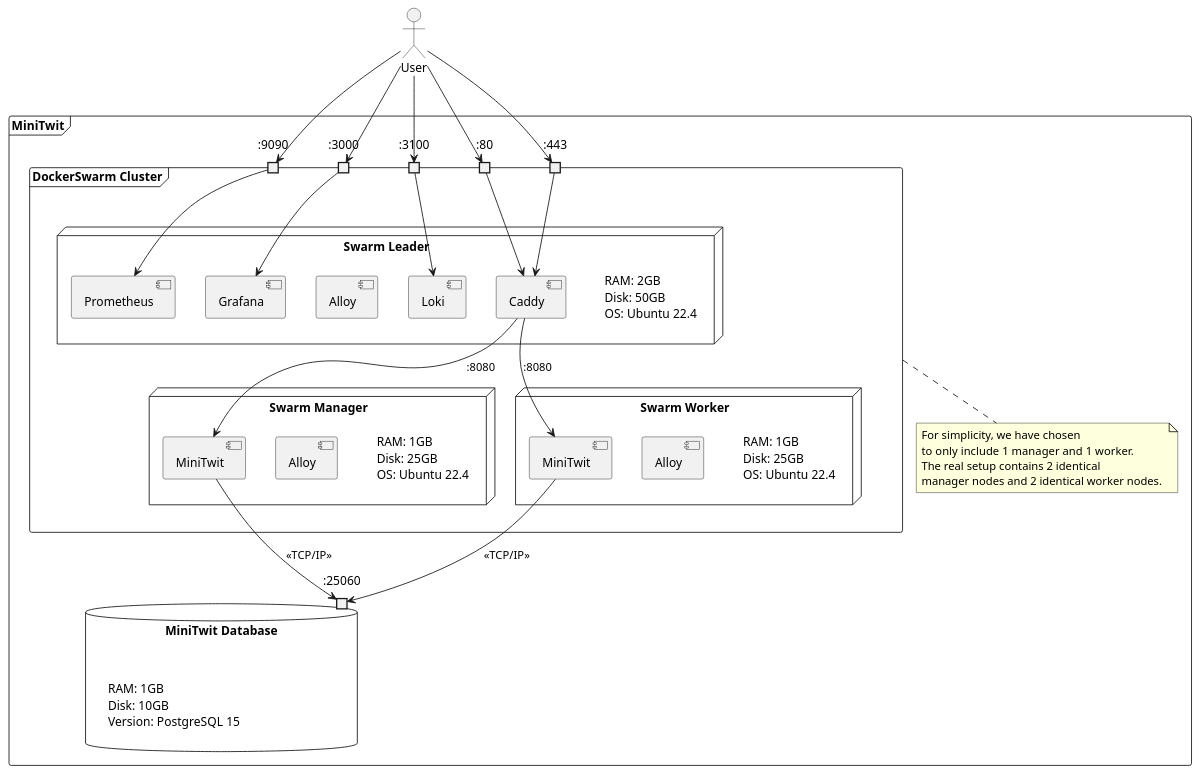
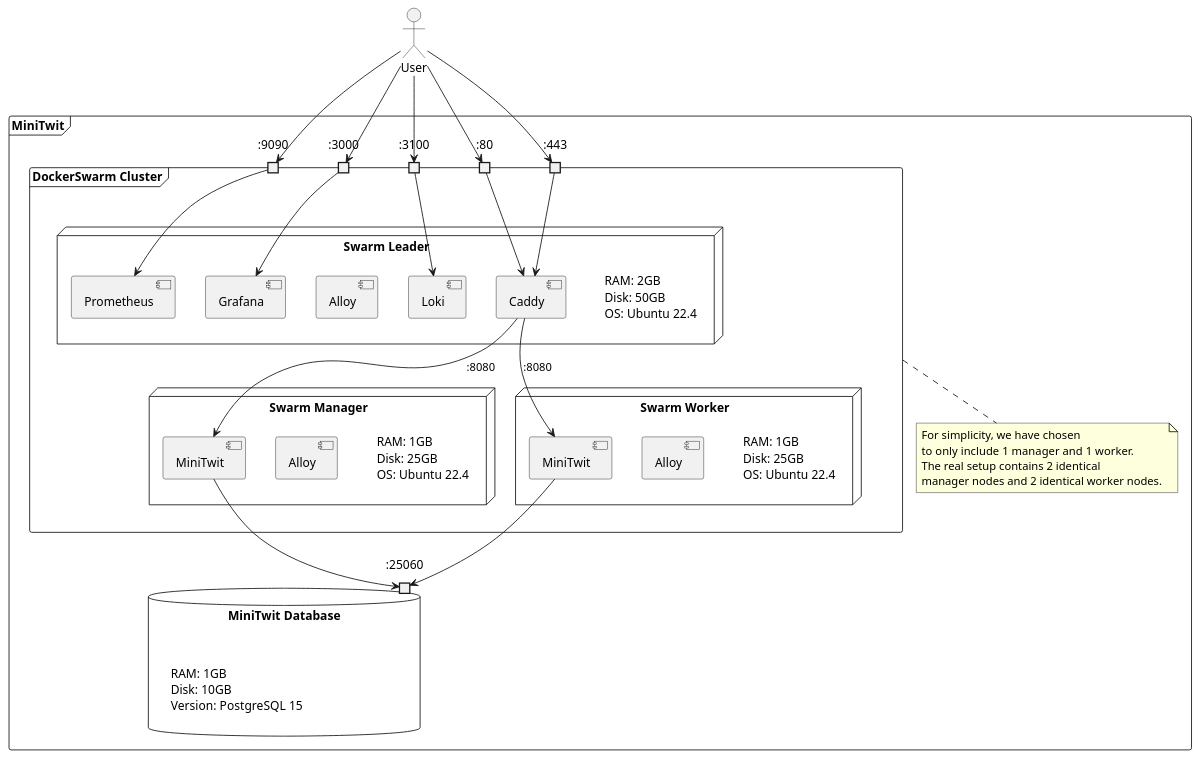
The diagram in report/src/diagrams/deployment-2.puml (DevBobs-devops/Devbobs_MiniTwit), drawn with PlantUML before and after one commit.

Commit message:
report: minor change to deployment diagram

```diff
--- a/report/src/diagrams/deployment-2.puml
+++ b/report/src/diagrams/deployment-2.puml
@@ -1,77 +1,77 @@
 @startuml 
 
 actor User
 
 frame "MiniTwit" as MiniTwit {
 
     frame "DockerSwarm Cluster" as DockerSwarm{
          
          
         port ":9090" as 9090
         port ":3000" as 3000
         port ":3100" as 3100
         port ":80"   as 80
         port ":443"  as 443
 
         node "Swarm Leader" as leader {
             label "RAM: 2GB\nDisk: 50GB \nOS: Ubuntu 22.4 " as label_0
 
             component Grafana
             component Loki
             component Alloy as alloy_0
             component Prometheus                 
             component Caddy
         }
 
     
             node "Swarm Manager" as manager_1 {
                 label "RAM: 1GB\nDisk: 25GB \nOS: Ubuntu 22.4 " as label_1
                 component Alloy as alloy_1
                 component MiniTwit as minitwit_0
             
             }
 
             node "Swarm Worker" as worker {
                 label "RAM: 1GB\nDisk: 25GB \nOS: Ubuntu 22.4 " as label_2
                 component Alloy as alloy_2
                 component MiniTwit as minitwit_1
             
             }
     
     
 }   
 
     database "MiniTwit Database" as db{
         label "RAM: 1GB \nDisk: 10GB \nVersion: PostgreSQL 15"
         port ":25060" as 25060        
     }
 
     note bottom of DockerSwarm
         For simplicity, we have chosen
         to only include 1 manager and 1 worker. 
         The real setup contains 2 identical 
         manager nodes and 2 identical worker nodes. 
     end note
 }
 
 
 User --> 80 
 User --> 443 
 User --> 9090
 User --> 3000
 User --> 3100 
 3000 --> Grafana 
 3100 --> Loki
 9090 --> Prometheus
 80 --> Caddy
 443 --> Caddy 
 
 
 Caddy --> minitwit_0 : :8080 
 Caddy --> minitwit_1 : :8080 
-minitwit_0 --> 25060 : <<TCP/IP>>
-minitwit_1 --> 25060 : <<TCP/IP>>
+minitwit_0 --> 25060 
+minitwit_1 --> 25060 
 
 
 
 @enduml
```
